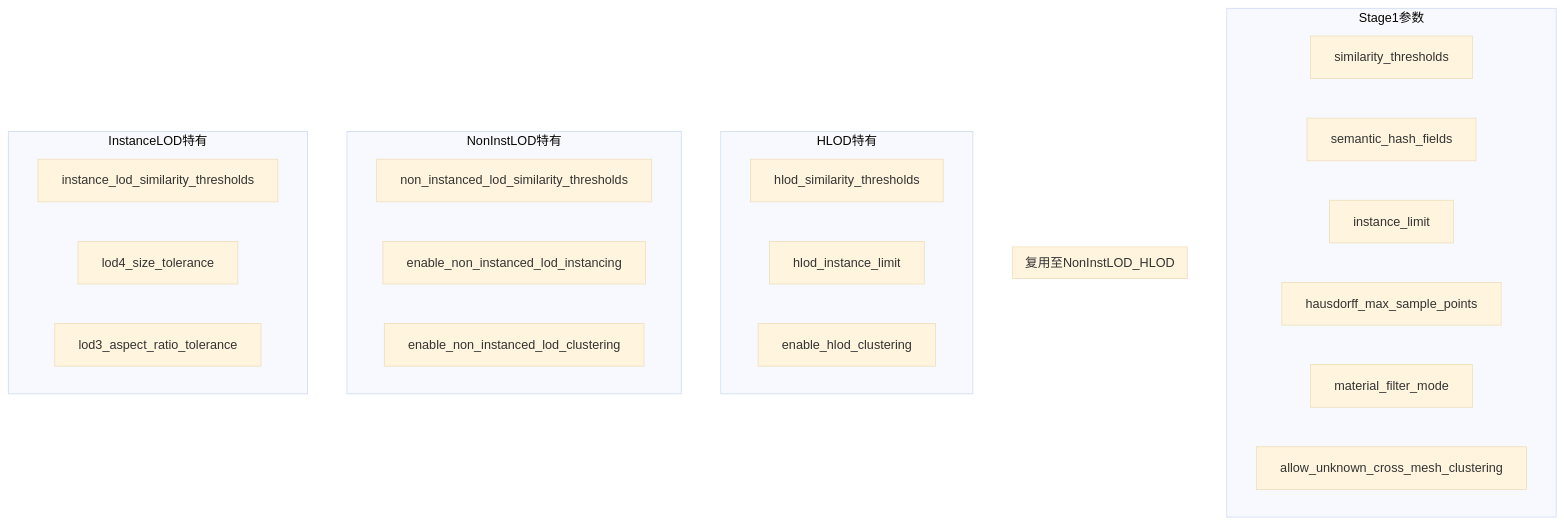
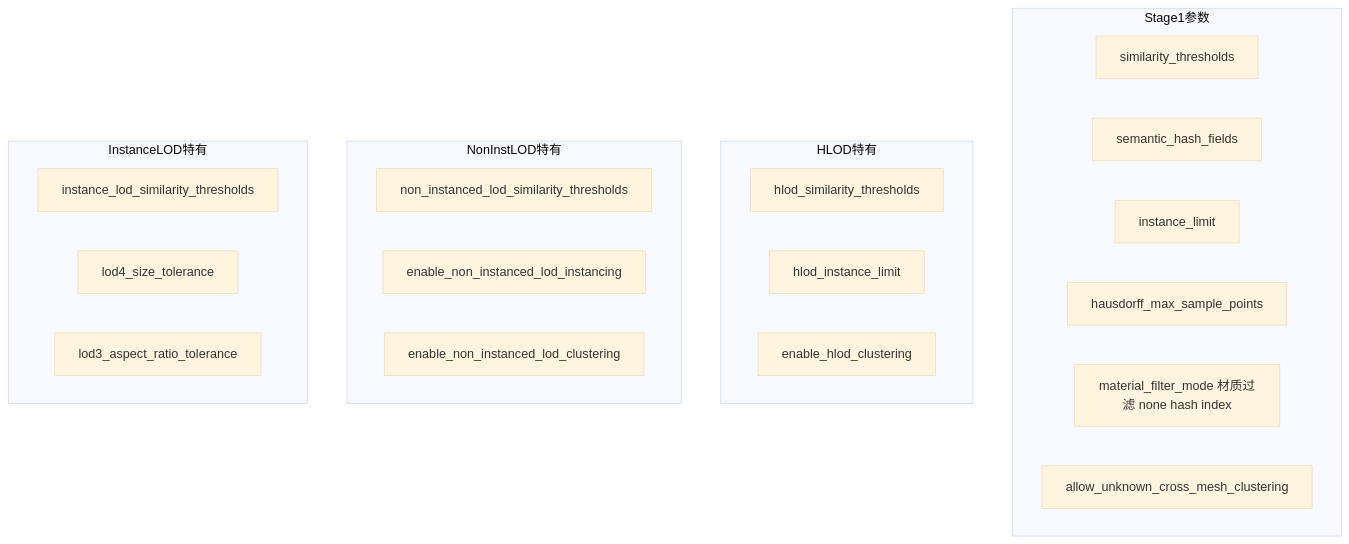
The ninth of 9 diagrams in diagrams/技术流程图_mermaid.md (271586852/GltfInstancingAndTilingTool), drawn with Mermaid (base theme) before and after one commit. The commit also changed other lines of this file and 5 other files, not shown here.

````diff
--- a/diagrams/技术流程图_mermaid.md
+++ b/diagrams/技术流程图_mermaid.md
@@ -323,36 +373,29 @@
 ```mermaid
-flowchart TB
-    subgraph Stage1参数
+graph TB
+    subgraph s1[Stage1参数]
         P1[similarity_thresholds]
         P2[semantic_hash_fields]
         P3[instance_limit]
         P4[hausdorff_max_sample_points]
-        P5[material_filter_mode]
+        P5[material_filter_mode 材质过滤 none hash index]
         P6[allow_unknown_cross_mesh_clustering]
     end
 
-    subgraph 复用至NonInstLOD_HLOD
-        P2
-        P4
-        P5
-        P6
-    end
-
-    subgraph HLOD特有
+    subgraph hlod[HLOD特有]
         P7[hlod_similarity_thresholds]
         P8[hlod_instance_limit]
         P9[enable_hlod_clustering]
     end
 
-    subgraph NonInstLOD特有
+    subgraph noninst[NonInstLOD特有]
         P10[non_instanced_lod_similarity_thresholds]
         P11[enable_non_instanced_lod_instancing]
         P12[enable_non_instanced_lod_clustering]
     end
 
-    subgraph InstanceLOD特有
+    subgraph instlod[InstanceLOD特有]
         P13[instance_lod_similarity_thresholds]
         P14[lod4_size_tolerance]
         P15[lod3_aspect_ratio_tolerance]
     end
 ```
````
